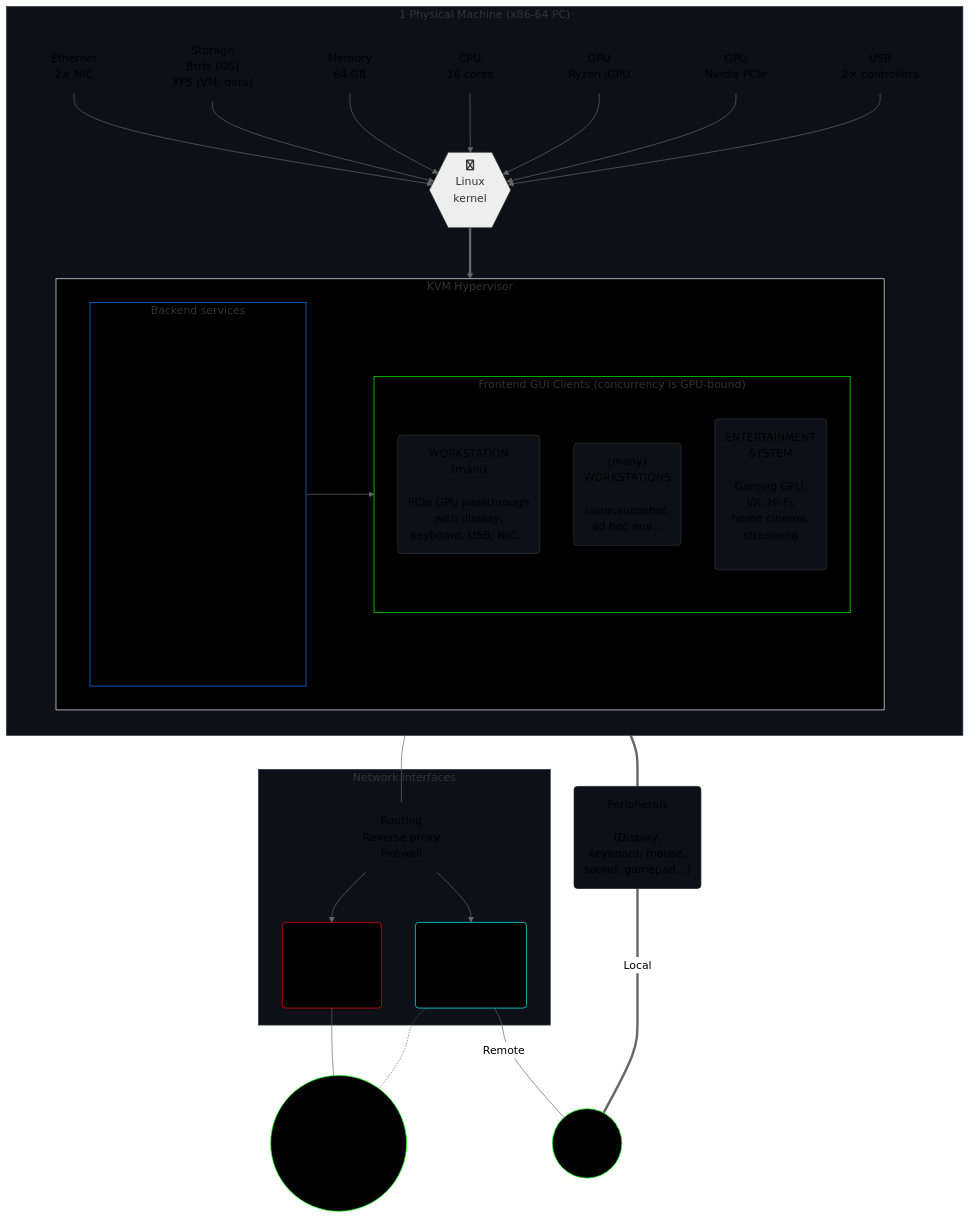
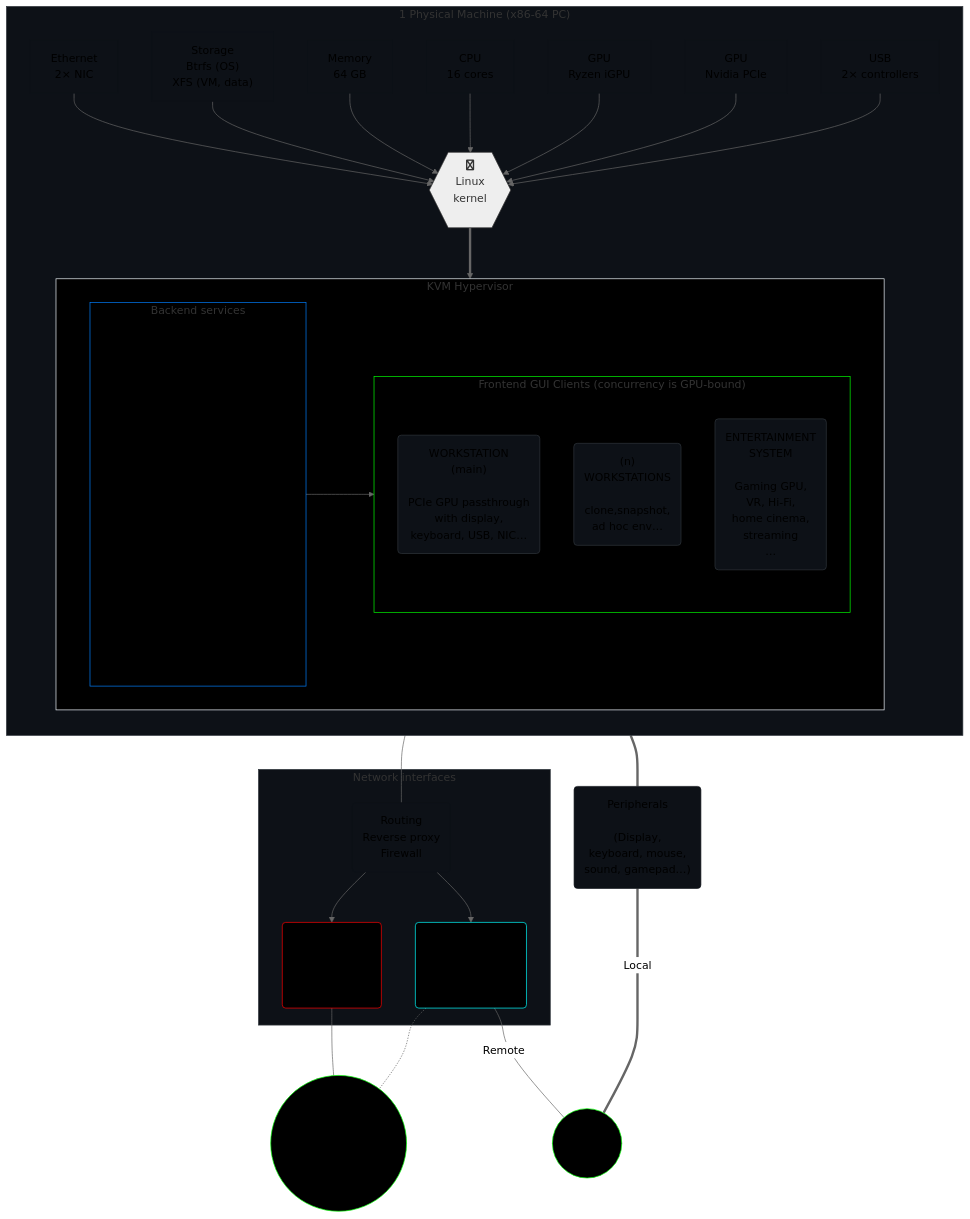
Before and after one commit to agenkit/GHost: the diagram in README.md, drawn with Mermaid (neutral theme).

```diff
--- a/README.md
+++ b/README.md
@@ -61,7 +61,7 @@
             direction TB
 
             gw("WORKSTATION<br>(main)<br><br>PCIe GPU passthrough<br>with display,<br>keyboard, USB, NIC…")
-            gn("(many)<br>WORKSTATIONS<br><br>clone,snapshot,<br>ad hoc env…")
+            gn("(n)<br>WORKSTATIONS<br><br>clone,snapshot,<br>ad hoc env…")
             gg("ENTERTAINMENT<br>SYSTEM<br><br>Gaming GPU,<br>VR, Hi-Fi, <br>home cinema,<br>streaming<br>…")
          end
 
```
